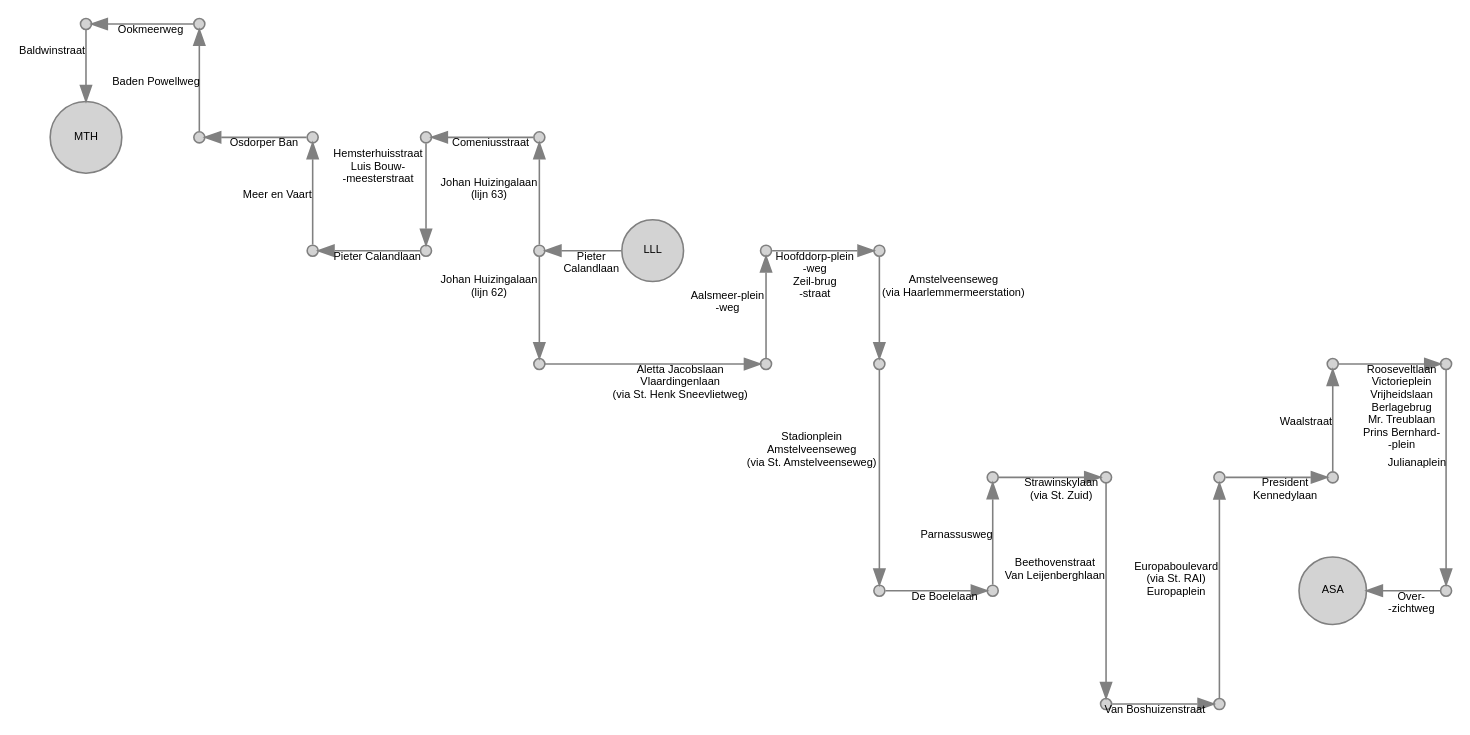
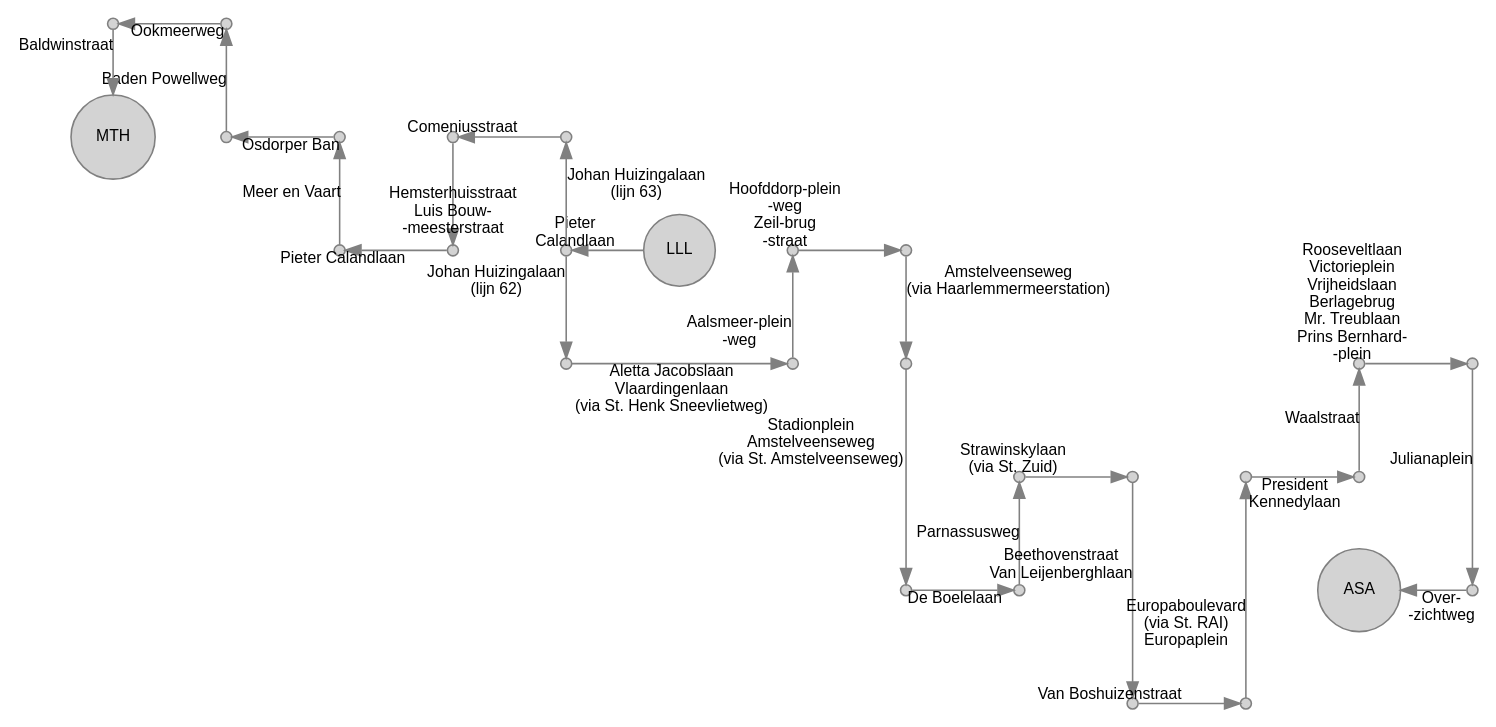
The diagram in gvb/LLL.gv (JacekPardyak/bus), drawn with Graphviz before and after one commit. The commit also changed 8 other files, not shown here.

```diff
--- a/gvb/LLL.gv
+++ b/gvb/LLL.gv
@@ -1,91 +1,91 @@
 digraph G {
   layout = neato
-  node [shape = circle, style = filled, fillcolor = lightgray, color=gray, height=0.1, label = "", fontsize = 7, fontname = "Arial"]
-  edge [color=gray, fontsize = 7, fontname = "Arial"]
+  node [shape = circle, style = filled, fillcolor = lightgray, color=gray, height=0.1, label = "", fontsize = 10, fontname = "Arial"]
+  edge [color=gray, fontsize = 10, fontname = "Arial"]
 
   # lijn 63
   6300 [pos = " 0, 0!", label = "LLL"]
   6301 [pos = "-1, 0!"]
   6302 [pos = "-1, 1!"]
   6303 [pos = "-2, 1!"]
   6304 [pos = "-2, 0!"]
   6305 [pos = "-3, 0!"]
   6306 [pos = "-3, 1!"]
   6307 [pos = "-4, 1!"]
   6308 [pos = "-4, 2!"]
   6309 [pos = "-5, 2!"]
   6310 [pos = "-5, 1!", label = "MTH"]
 
   6202 [pos = "-1,-1!"]
   6203 [pos = " 2,-1!"]
   6204 [pos = " 1,-1!"]
   6205 [pos = " 1, 0!"]
   6206 [pos = " 2, 0!"]
   6207 [pos = " 2,-3!"]
   6208 [pos = " 3,-3!"]
   6209 [pos = " 3,-2!"]
   6210 [pos = " 4,-2!"]
   6211 [pos = " 4,-4!"]
   6212 [pos = " 5,-4!"]
   6213 [pos = " 5,-2!"]
   6214 [pos = " 6,-2!"]
   6215 [pos = " 6,-1!"]
   6216 [pos = " 7,-1!"]
   6217 [pos = " 7,-3!"]
   6218 [pos = " 6,-3!", label = "ASA"]
 
   6300 -> 6301 [label = "Pieter 
  Calandlaan"]
   6301 -> 6302 [label = "Johan Huizingalaan 
  (lijn 63)"]
   6302 -> 6303 [label = "Comeniusstraat"]
   6303 -> 6304 [label = "Hemsterhuisstraat 
  Luis Bouw-
 -meesterstraat"]
   6304 -> 6305 [label = "Pieter Calandlaan"]
   6305 -> 6306 [label = "Meer en Vaart"]
   6306 -> 6307 [label = "Osdorper Ban"]
   6307 -> 6308 [label = "Baden Powellweg"]
   6308 -> 6309 [label = "Ookmeerweg"]
   6309 -> 6310 [label = "Baldwinstraat"]
 
   6301 -> 6202 [label = "Johan Huizingalaan 
  (lijn 62)"]
   6202 -> 6204 [label = "Aletta Jacobslaan 
  Vlaardingenlaan 
  (via St. Henk Sneevlietweg)"]
   6204 -> 6205 [label = "Aalsmeer-plein 
  -weg"]
   6205 -> 6206 [label = "Hoofddorp-plein 
  -weg 
  Zeil-brug 
  -straat"]
   6206 -> 6203 [label = "Amstelveenseweg 
  (via Haarlemmermeerstation)"]
   6203 -> 6207 [label = "Stadionplein 
  Amstelveenseweg 
  (via St. Amstelveenseweg)"]
   6207 -> 6208 [label = "De Boelelaan"]
   6208 -> 6209 [label = "Parnassusweg"]
   6209 -> 6210 [label = "Strawinskylaan 
  (via St. Zuid)"]
   6210 -> 6211 [label = "Beethovenstraat 
  Van Leijenberghlaan"]
   6211 -> 6212 [label = "Van Boshuizenstraat"]
   6212 -> 6213 [label = "Europaboulevard 
  (via St. RAI) 
  Europaplein"]
   6213 -> 6214 [label = "President 
  Kennedylaan"]
   6214 -> 6215 [label = "Waalstraat"]
   6215 -> 6216 [label = "Rooseveltlaan 
  Victorieplein 
  Vrijheidslaan 
  Berlagebrug 
  Mr. Treublaan 
  Prins Bernhard-
 -plein"]
   6216 -> 6217 [label = "Julianaplein"]
   6217 -> 6218 [label = "Over-
 -zichtweg"]
   }
```
